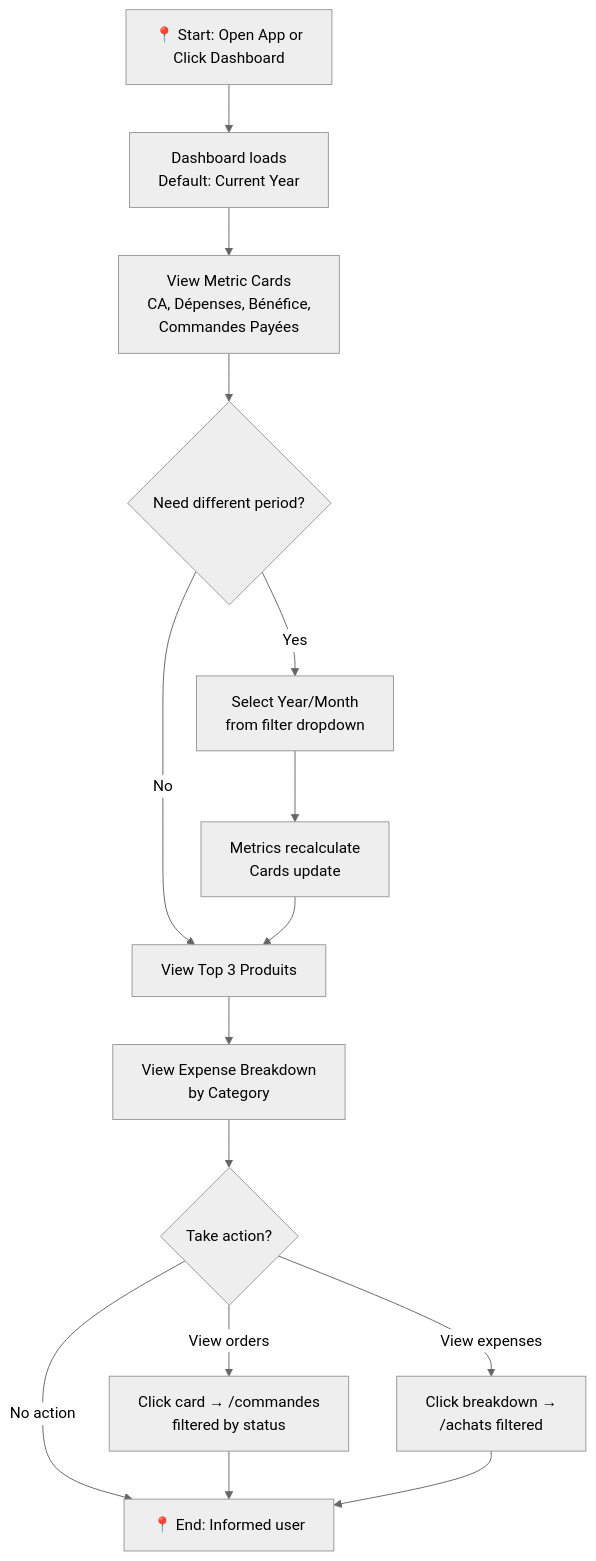
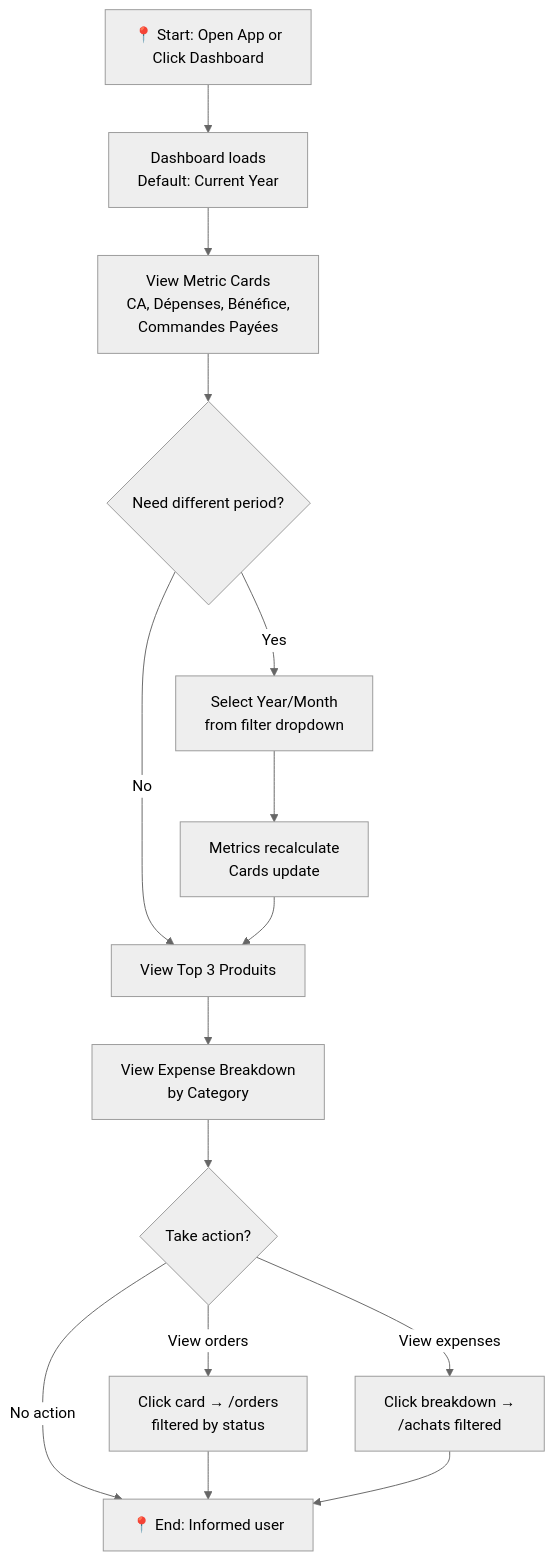
The fifth of 5 diagrams in docs/front-end-spec.md (ansesolo/honeyAI), drawn with Mermaid (neutral theme) before and after one commit. The commit also changed other lines of this file and 106 other files, not shown here.

````diff
--- a/docs/front-end-spec.md
+++ b/docs/front-end-spec.md
@@ -262,22 +262,22 @@
 ```mermaid
 graph TD
     A[📍 Start: Open App or<br/>Click Dashboard] --> B[Dashboard loads<br/>Default: Current Year]
 
     B --> C[View Metric Cards<br/>CA, Dépenses, Bénéfice,<br/>Commandes Payées]
 
     C --> D{Need different period?}
     D -->|No| E[View Top 3 Produits]
     D -->|Yes| F[Select Year/Month<br/>from filter dropdown]
     F --> G[Metrics recalculate<br/>Cards update]
     G --> E
 
     E --> H[View Expense Breakdown<br/>by Category]
 
     H --> I{Take action?}
-    I -->|View orders| J[Click card → /commandes<br/>filtered by status]
+    I -->|View orders| J[Click card → /orders<br/>filtered by status]
     I -->|View expenses| K[Click breakdown →<br/>/achats filtered]
     I -->|No action| L[📍 End: Informed user]
 
     J --> L
     K --> L
 ```
````
